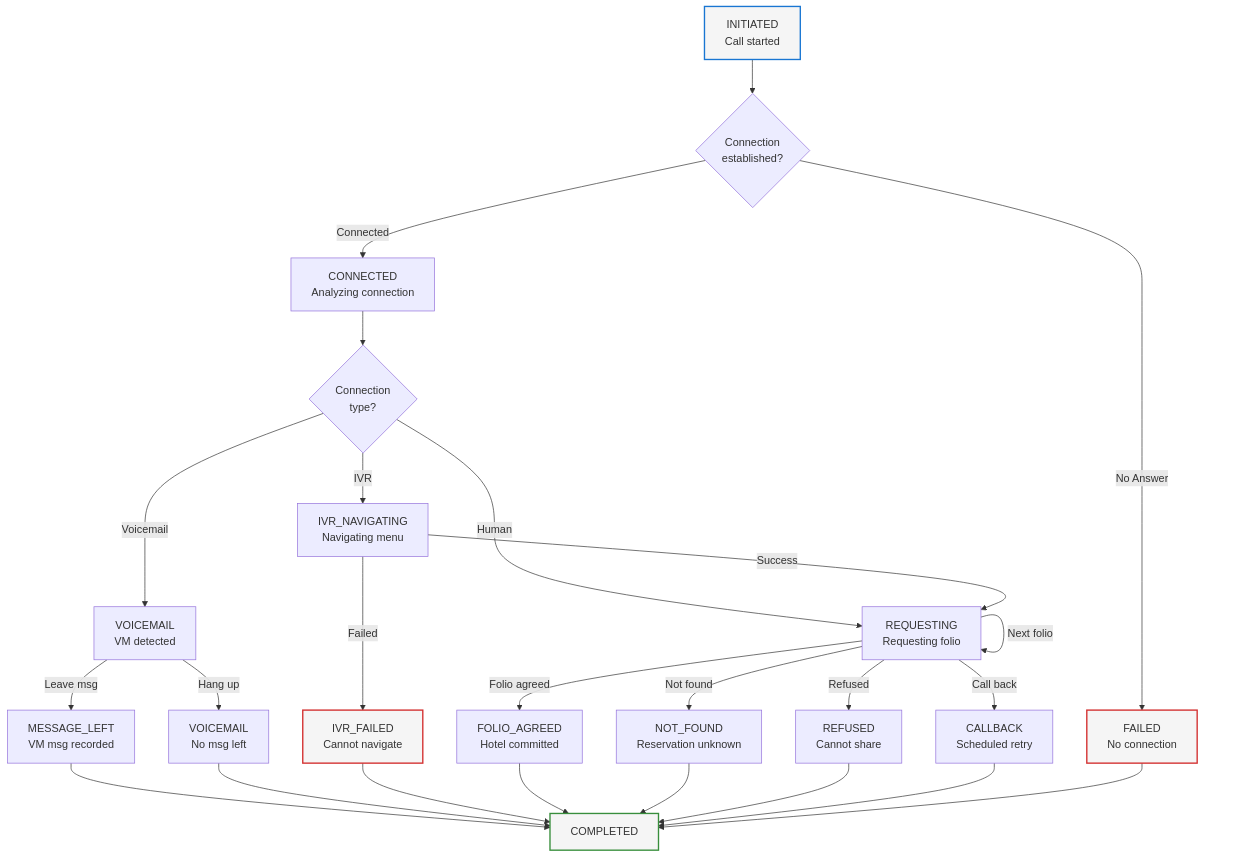
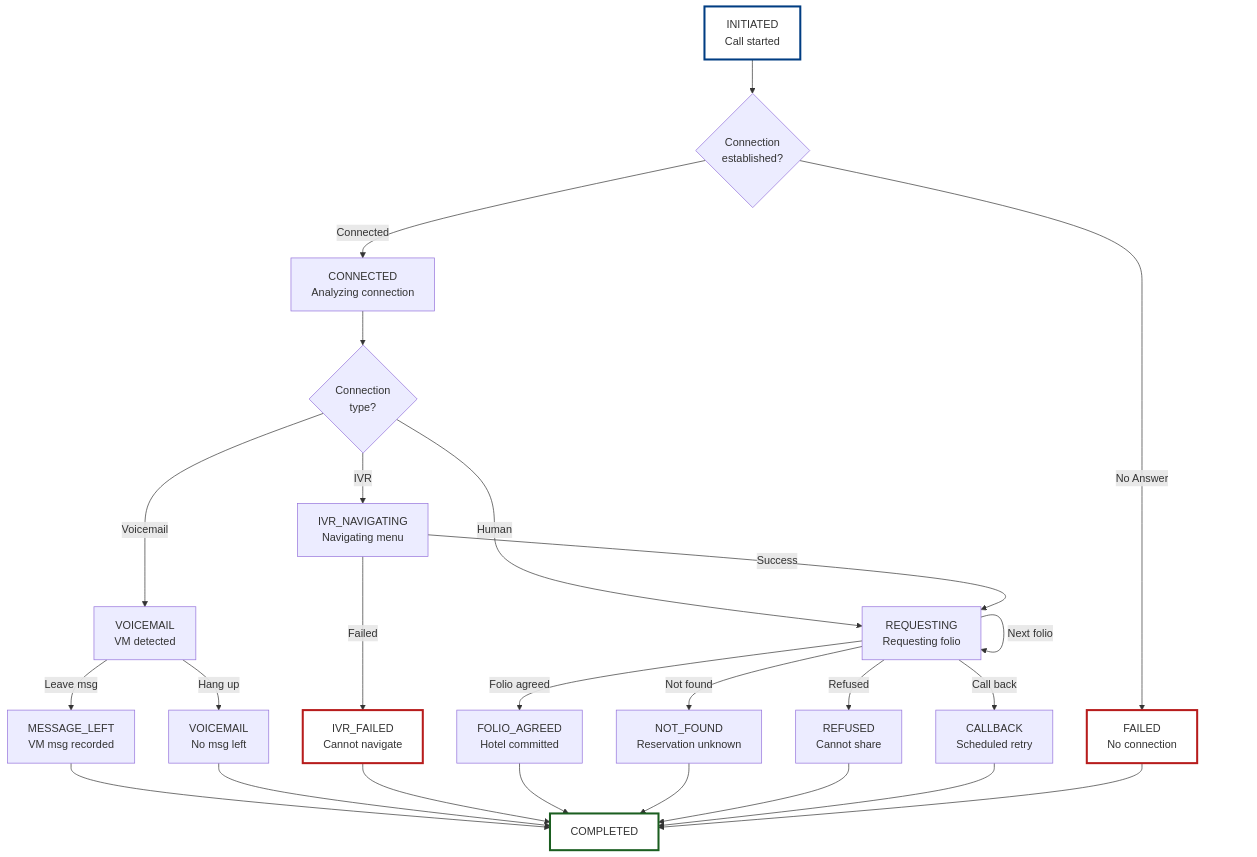
One commit to Org-for-Folio-AI/FolioAISpecs changed the first of 2 diagrams in design/components/03-Call-Handler.md. Above: the diagram before and after it, drawn with Mermaid. The commit also changed other lines of this file and 11 other files, not shown here.

First line of the commit message:
Improve mermaid diagrams: increase font size, darker colors, thicker strokes

````diff
--- a/design/components/03-Call-Handler.md
+++ b/design/components/03-Call-Handler.md
@@ -57,37 +57,38 @@
 ```mermaid
+%%{init: {'fontSize': 18, 'fontFamily': 'arial'}}%%
 graph TD
     A["INITIATED<br/>Call started"] --> B{Connection<br/>established?}
     B -->|No Answer| E["FAILED<br/>No connection"]
     B -->|Connected| C["CONNECTED<br/>Analyzing connection"]
 
     C --> D{Connection<br/>type?}
     D -->|Voicemail| F["VOICEMAIL<br/>VM detected"]
     D -->|IVR| G["IVR_NAVIGATING<br/>Navigating menu"]
     D -->|Human| H["REQUESTING<br/>Requesting folio"]
 
     F -->|Leave msg| I["MESSAGE_LEFT<br/>VM msg recorded"]
     F -->|Hang up| J["VOICEMAIL<br/>No msg left"]
 
     G -->|Success| H
     G -->|Failed| K["IVR_FAILED<br/>Cannot navigate"]
 
     H -->|Folio agreed| L["FOLIO_AGREED<br/>Hotel committed"]
     H -->|Not found| M["NOT_FOUND<br/>Reservation unknown"]
     H -->|Refused| N["REFUSED<br/>Cannot share"]
     H -->|Call back| O["CALLBACK<br/>Scheduled retry"]
     H -->|Next folio| H
 
     I --> Q["COMPLETED"]
     J --> Q
     K --> Q
     L --> Q
     M --> Q
     N --> Q
     O --> Q
     E --> Q
 
-    style A stroke:#1976d2,fill:#f5f5f5,stroke-width:2px
-    style Q stroke:#388e3c,fill:#f5f5f5,stroke-width:2px
-    style E stroke:#d32f2f,fill:#f5f5f5,stroke-width:2px
-    style K stroke:#d32f2f,fill:#f5f5f5,stroke-width:2px
+    style A stroke:#003d82,fill:#ffffff,stroke-width:3px,font-size:16px
+    style Q stroke:#1b5e20,fill:#ffffff,stroke-width:3px,font-size:16px
+    style E stroke:#b71c1c,fill:#ffffff,stroke-width:3px,font-size:16px
+    style K stroke:#b71c1c,fill:#ffffff,stroke-width:3px,font-size:16px
 ```
````
